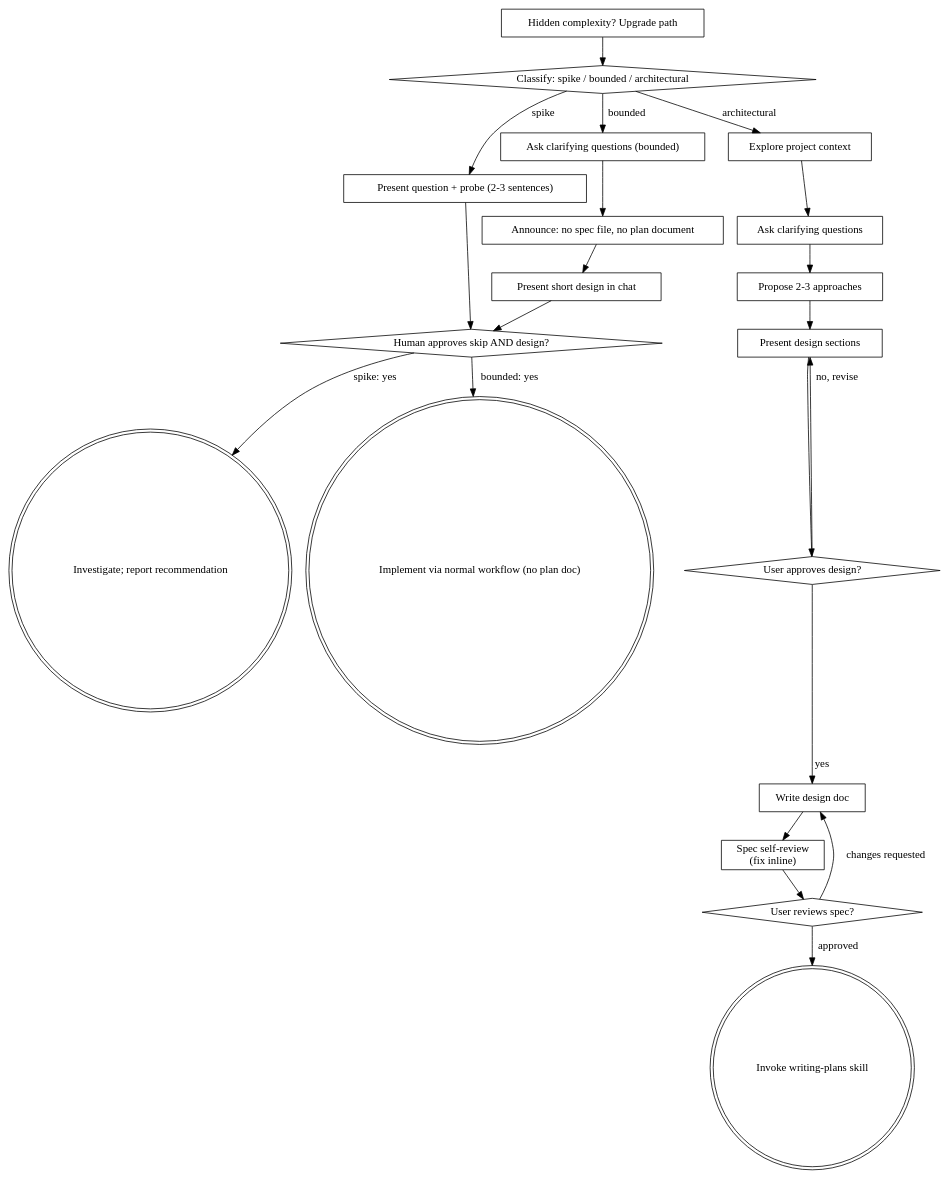
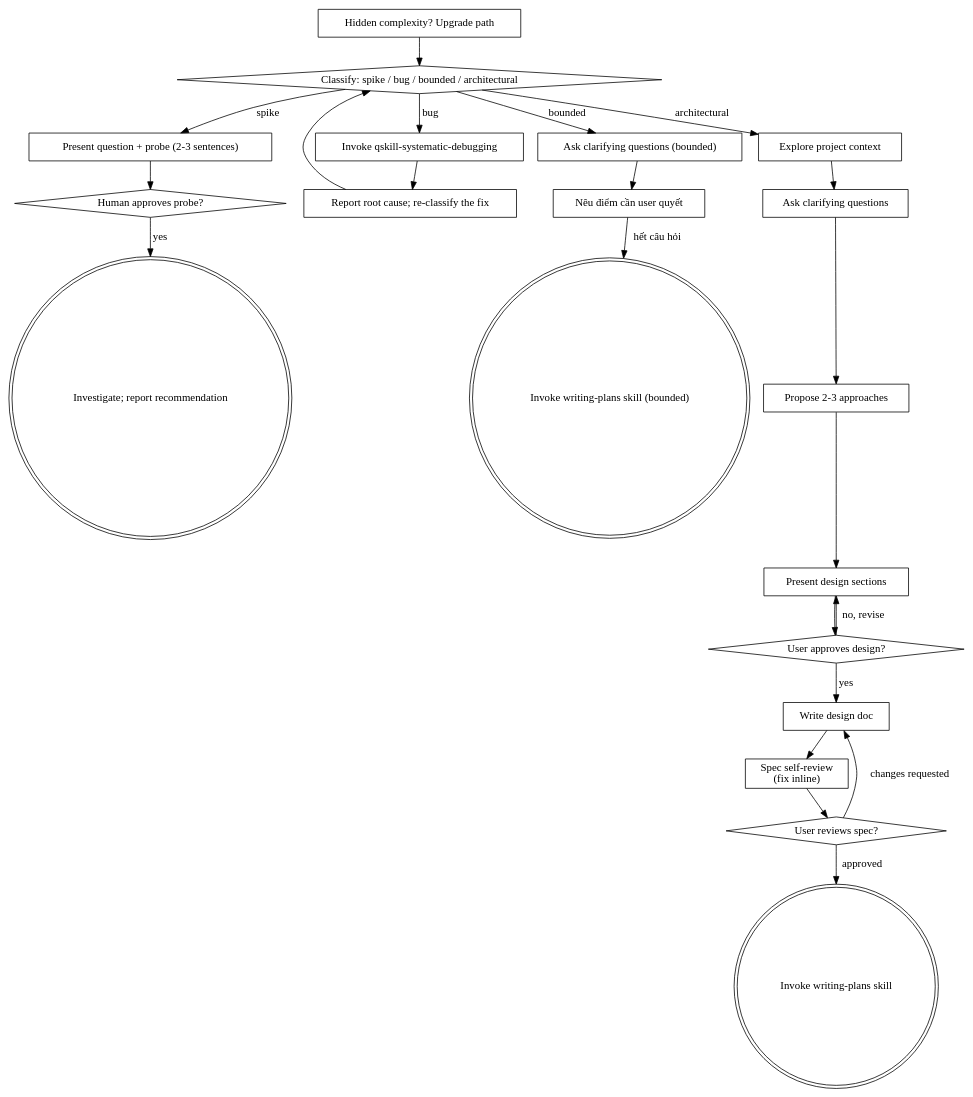
The diagram in skills/qskill-brainstorming/SKILL.md (nguyenhoangquan1511-dot/agent-skill), drawn with Graphviz before and after one commit. The commit also changed other lines of this file and 2 other files, not shown here.

First line of the commit message:
[chore-2026-09-08] Add bug path and route bounded work to writing-plans

````diff
--- a/skills/qskill-brainstorming/SKILL.md
+++ b/skills/qskill-brainstorming/SKILL.md
@@ -188,43 +193,45 @@
 ```dot
 digraph brainstorming {
-    "Classify: spike / bounded / architectural" [shape=diamond];
+    "Classify: spike / bug / bounded / architectural" [shape=diamond];
+    "Invoke qskill-systematic-debugging" [shape=box];
+    "Report root cause; re-classify the fix" [shape=box];
     "Present question + probe (2-3 sentences)" [shape=box];
     "Ask clarifying questions (bounded)" [shape=box];
-    "Present short design in chat" [shape=box];
-    "Human approves skip AND design?" [shape=diamond];
+    "Nêu điểm cần user quyết" [shape=box];
+    "Invoke writing-plans skill (bounded)" [shape=doublecircle];
+    "Human approves probe?" [shape=diamond];
     "Investigate; report recommendation" [shape=doublecircle];
-    "Implement via normal workflow (no plan doc)" [shape=doublecircle];
     "Explore project context" [shape=box];
     "Ask clarifying questions" [shape=box];
     "Propose 2-3 approaches" [shape=box];
     "Present design sections" [shape=box];
     "User approves design?" [shape=diamond];
     "Write design doc" [shape=box];
     "Spec self-review\n(fix inline)" [shape=box];
     "User reviews spec?" [shape=diamond];
     "Invoke writing-plans skill" [shape=doublecircle];
     "Hidden complexity? Upgrade path" [shape=box];
 
-    "Classify: spike / bounded / architectural" -> "Present question + probe (2-3 sentences)" [label="spike"];
-    "Classify: spike / bounded / architectural" -> "Ask clarifying questions (bounded)" [label="bounded"];
-    "Classify: spike / bounded / architectural" -> "Explore project context" [label="architectural"];
-    "Present question + probe (2-3 sentences)" -> "Human approves skip AND design?";
-    "Announce: no spec file, no plan document" [shape=box];
-    "Ask clarifying questions (bounded)" -> "Announce: no spec file, no plan document";
-    "Announce: no spec file, no plan document" -> "Present short design in chat";
-    "Present short design in chat" -> "Human approves skip AND design?";
-    "Human approves skip AND design?" -> "Investigate; report recommendation" [label="spike: yes"];
-    "Human approves skip AND design?" -> "Implement via normal workflow (no plan doc)" [label="bounded: yes"];
-    "Hidden complexity? Upgrade path" -> "Classify: spike / bounded / architectural";
+    "Classify: spike / bug / bounded / architectural" -> "Present question + probe (2-3 sentences)" [label="spike"];
+    "Classify: spike / bug / bounded / architectural" -> "Invoke qskill-systematic-debugging" [label="bug"];
+    "Classify: spike / bug / bounded / architectural" -> "Ask clarifying questions (bounded)" [label="bounded"];
+    "Classify: spike / bug / bounded / architectural" -> "Explore project context" [label="architectural"];
+    "Invoke qskill-systematic-debugging" -> "Report root cause; re-classify the fix";
+    "Report root cause; re-classify the fix" -> "Classify: spike / bug / bounded / architectural";
+    "Present question + probe (2-3 sentences)" -> "Human approves probe?";
+    "Ask clarifying questions (bounded)" -> "Nêu điểm cần user quyết";
+    "Nêu điểm cần user quyết" -> "Invoke writing-plans skill (bounded)" [label="hết câu hỏi"];
+    "Human approves probe?" -> "Investigate; report recommendation" [label="yes"];
+    "Hidden complexity? Upgrade path" -> "Classify: spike / bug / bounded / architectural";
     "Explore project context" -> "Ask clarifying questions";
     "Ask clarifying questions" -> "Propose 2-3 approaches";
     "Propose 2-3 approaches" -> "Present design sections";
     "Present design sections" -> "User approves design?";
     "User approves design?" -> "Present design sections" [label="no, revise"];
     "User approves design?" -> "Write design doc" [label="yes"];
     "Write design doc" -> "Spec self-review\n(fix inline)";
     "Spec self-review\n(fix inline)" -> "User reviews spec?";
     "User reviews spec?" -> "Write design doc" [label="changes requested"];
     "User reviews spec?" -> "Invoke writing-plans skill" [label="approved"];
 }
 ```
````
